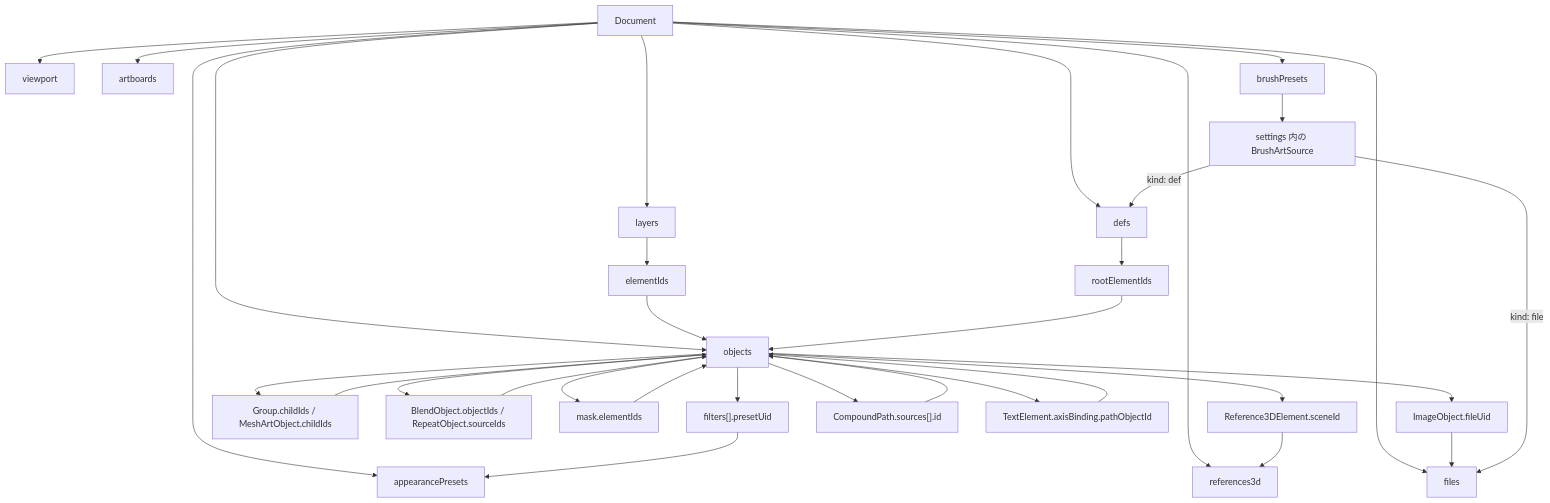
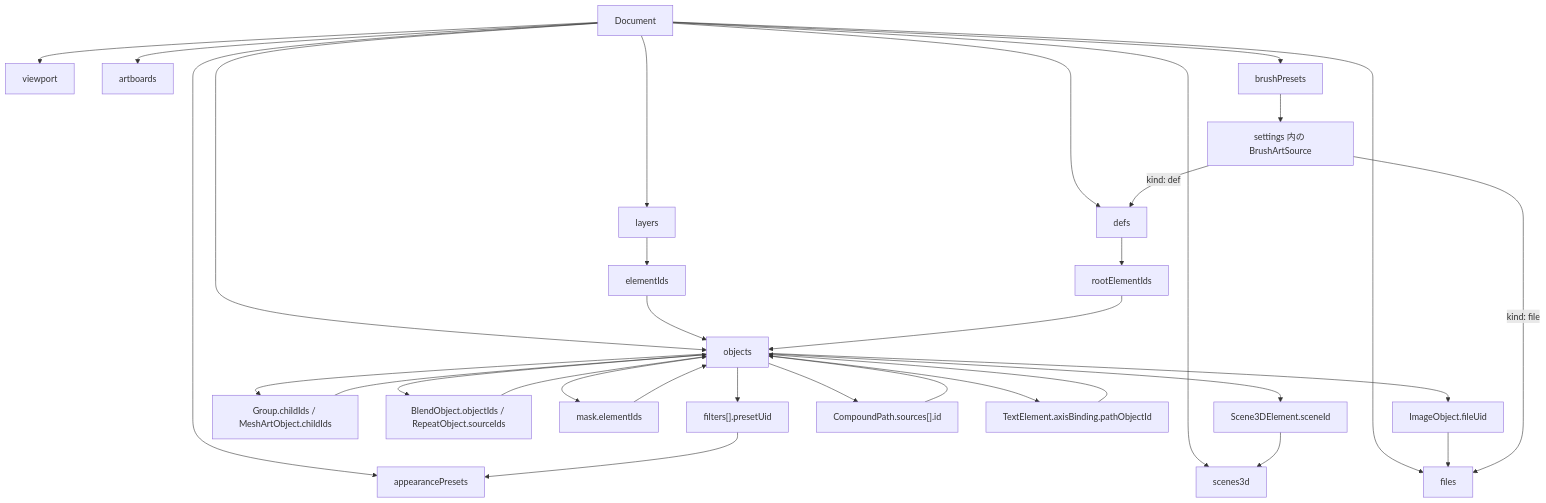
The diagram in pkgs/web/src/app/devdocs/data-flow/document-schema/page.mdx (hanakla/paplico), drawn with Mermaid before and after one commit. The commit also changed other lines of this file and 113 other files, not shown here.

First line of the commit message:
feat(core,web)!: rename Reference3D to Scene3D and add the scene editor (#1315)

````diff
--- a/pkgs/web/src/app/devdocs/data-flow/document-schema/page.mdx
+++ b/pkgs/web/src/app/devdocs/data-flow/document-schema/page.mdx
@@ -33,35 +33,35 @@
 ```mermaid
 graph TD
     D["Document"] --> O["objects"]
     D --> L["layers"]
     D --> F["files"]
     D --> V["viewport"]
     D --> A["artboards"]
     D --> B["brushPresets"]
     D --> P["appearancePresets"]
     D --> DF["defs"]
-    D --> S3["references3d"]
+    D --> S3["scenes3d"]
     O --> R["filters[].presetUid"]
     R --> P
     L --> E["elementIds"]
     E --> O
     O --> G["Group.childIds / MeshArtObject.childIds"]
     G --> O
     O --> BL["BlendObject.objectIds / RepeatObject.sourceIds"]
     BL --> O
     O --> M["mask.elementIds"]
     M --> O
     DF --> DR["rootElementIds"]
     DR --> O
-    O --> SC["Reference3DElement.sceneId"]
+    O --> SC["Scene3DElement.sceneId"]
     SC --> S3
     O --> C["CompoundPath.sources[].id"]
     C --> O
     O --> T["TextElement.axisBinding.pathObjectId"]
     T --> O
     O --> I["ImageObject.fileUid"]
     I --> F
     B --> BT["settings 内の BrushArtSource"]
     BT -->|"kind: file"| F
     BT -->|"kind: def"| DF
 ```
````
